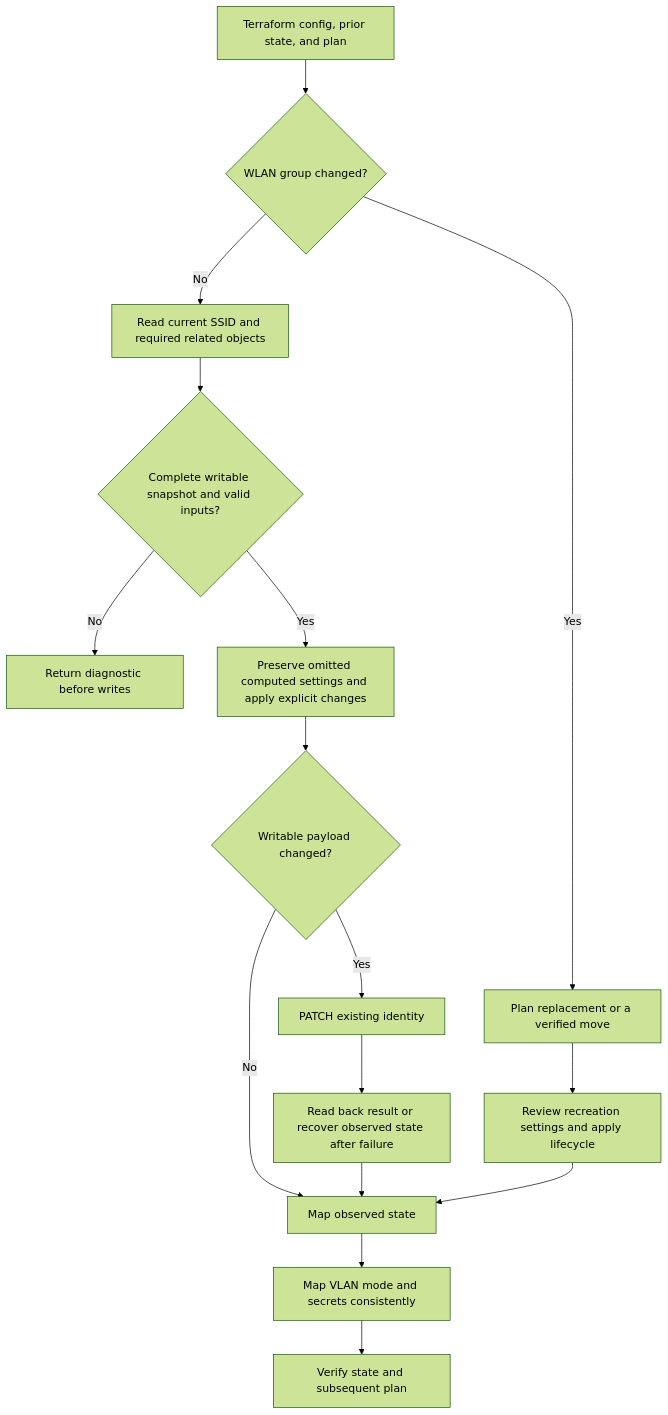
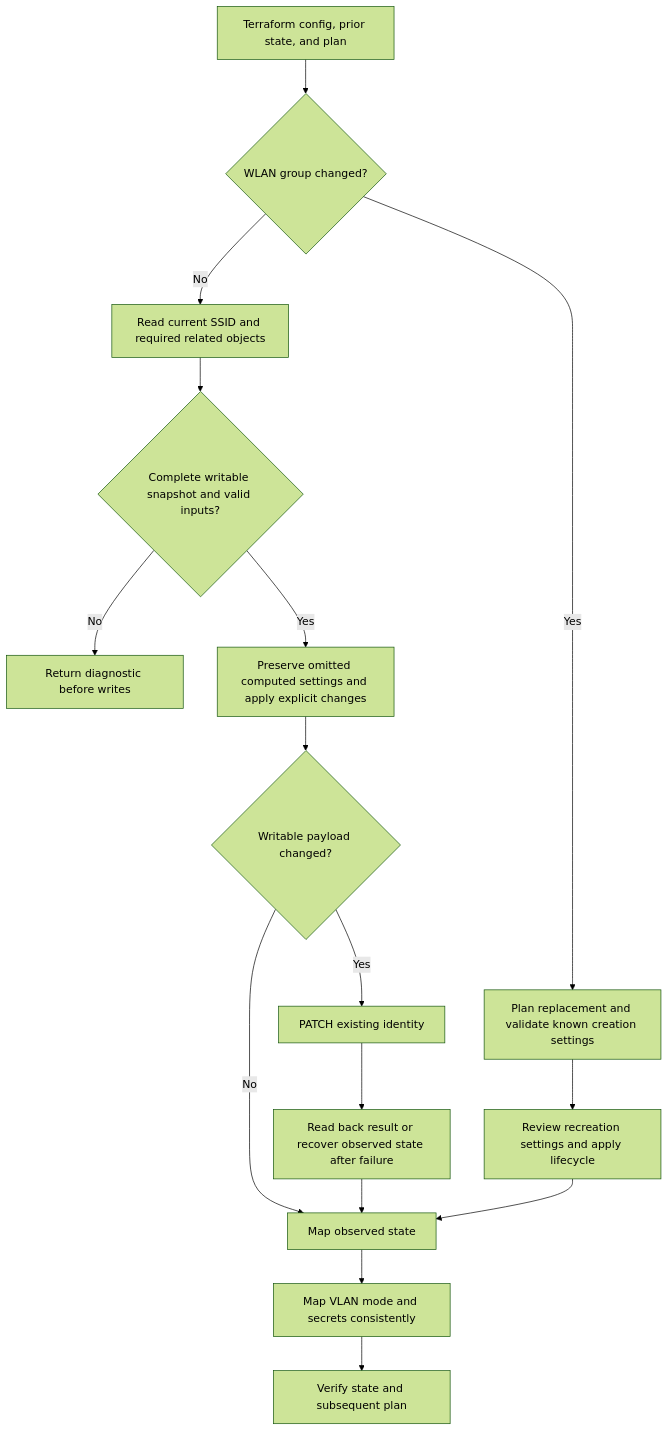
The diagram in docs/plans/ssid-reliability.md (wbniv/terraform-provider-tplink-omada), drawn with Mermaid (forest theme) before and after one commit. The commit also changed other lines of this file and 14 other files, not shown here.

````diff
--- a/docs/plans/ssid-reliability.md
+++ b/docs/plans/ssid-reliability.md
@@ -133,18 +146,18 @@
 ```mermaid
 flowchart TD
     A[Terraform config, prior state, and plan] --> B{WLAN group changed?}
-    B -->|Yes| C[Plan replacement or a verified move]
+    B -->|Yes| C[Plan replacement and validate known creation settings]
     C --> D[Review recreation settings and apply lifecycle]
     B -->|No| E[Read current SSID and required related objects]
     E --> F{Complete writable snapshot and valid inputs?}
     F -->|No| G[Return diagnostic before writes]
     F -->|Yes| H[Preserve omitted computed settings and apply explicit changes]
     H --> I{Writable payload changed?}
     I -->|No| J[Map observed state]
     I -->|Yes| K[PATCH existing identity]
     K --> L[Read back result or recover observed state after failure]
     L --> J
     D --> J
     J --> M[Map VLAN mode and secrets consistently]
     M --> N[Verify state and subsequent plan]
 ```
````
